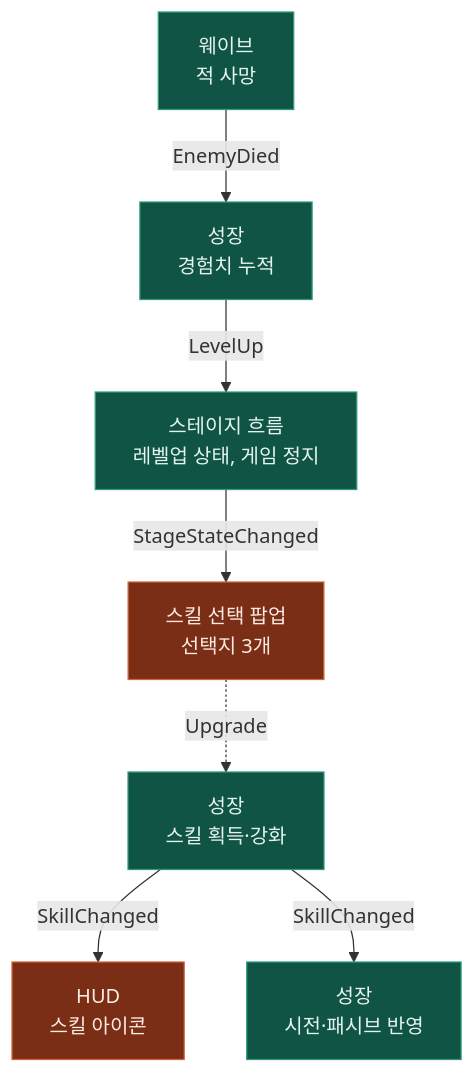
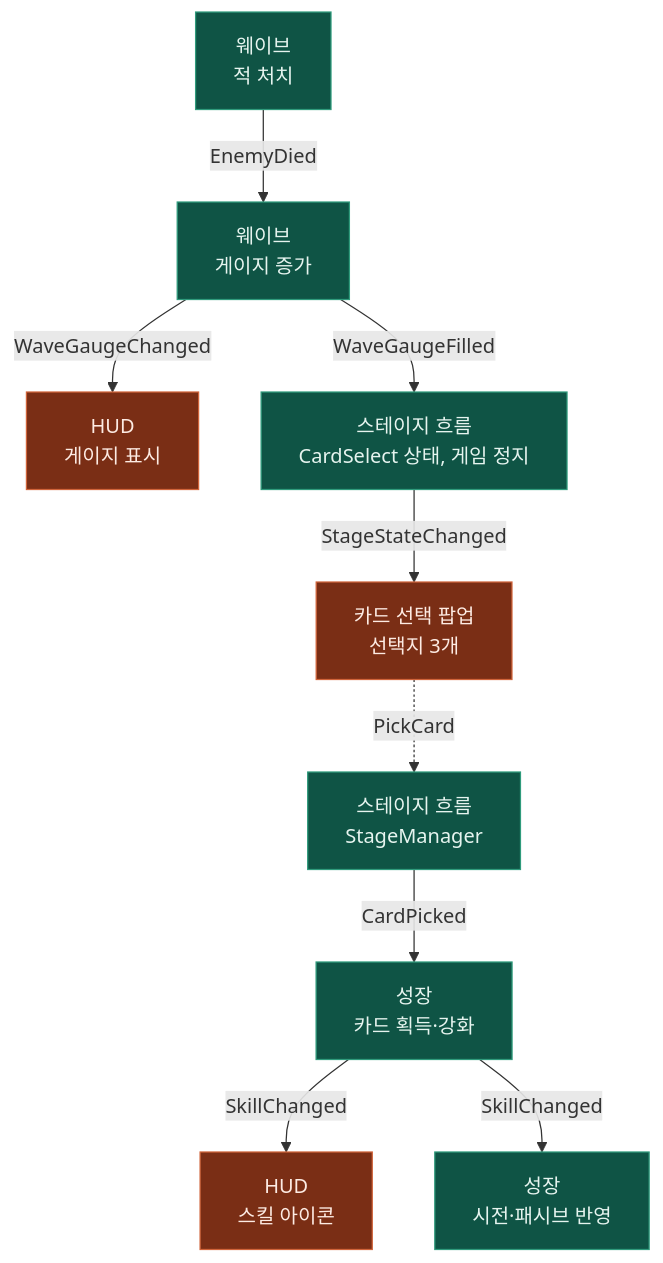
One commit to Sparta-fourTeam/client changed the third of 4 diagrams in docs/flows.md. Above: the diagram before and after it, drawn with Mermaid. The commit also changed other lines of this file and 3 other files, not shown here.

Commit message:
docs: sync team docs with in-game architecture v2

````diff
--- a/docs/flows.md
+++ b/docs/flows.md
@@ -49,15 +63,17 @@
 ```mermaid
 flowchart TD
-    A[웨이브<br/>적 사망] -->|EnemyDied| B[성장<br/>경험치 누적]
-    B -->|LevelUp| C[스테이지 흐름<br/>레벨업 상태, 게임 정지]
-    C -->|StageStateChanged| D[스킬 선택 팝업<br/>선택지 3개]
-    D -.->|Upgrade| E[성장<br/>스킬 획득·강화]
+    A[웨이브<br/>적 처치] -->|EnemyDied| B[웨이브<br/>게이지 증가]
+    B -->|WaveGaugeChanged| H[HUD<br/>게이지 표시]
+    B -->|WaveGaugeFilled| C[스테이지 흐름<br/>CardSelect 상태, 게임 정지]
+    C -->|StageStateChanged| D[카드 선택 팝업<br/>선택지 3개]
+    D -.->|PickCard| SM[스테이지 흐름<br/>StageManager]
+    SM -->|CardPicked| E[성장<br/>카드 획득·강화]
     E -->|SkillChanged| F[HUD<br/>스킬 아이콘]
     E -->|SkillChanged| G[성장<br/>시전·패시브 반영]
     classDef logic fill:#0f5445,stroke:#2f9b7c,color:#e6f4ef
     classDef ui fill:#7a2e15,stroke:#d0643a,color:#fdebe3
     classDef server fill:#4a4a46,stroke:#8a8a84,color:#f0f0ec
     classDef bus fill:#1c1c1c,stroke:#9a9a9a,color:#ffffff
-    class A,B,C,E,G logic
-    class D,F ui
+    class A,B,C,SM,E,G logic
+    class D,F,H ui
 ```
````
